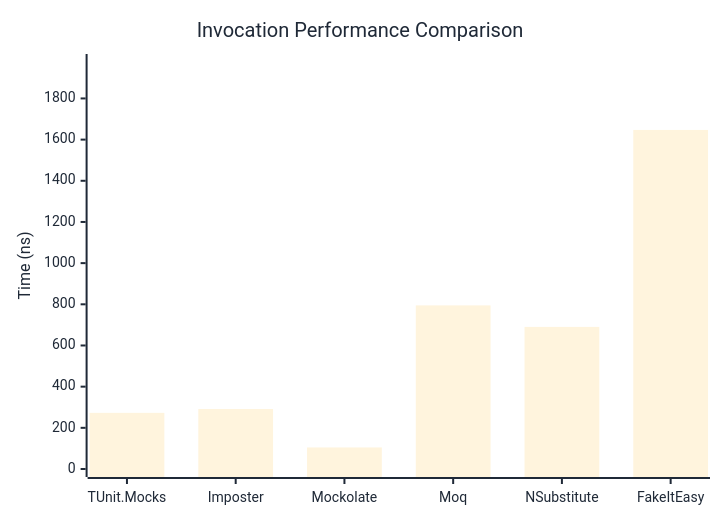
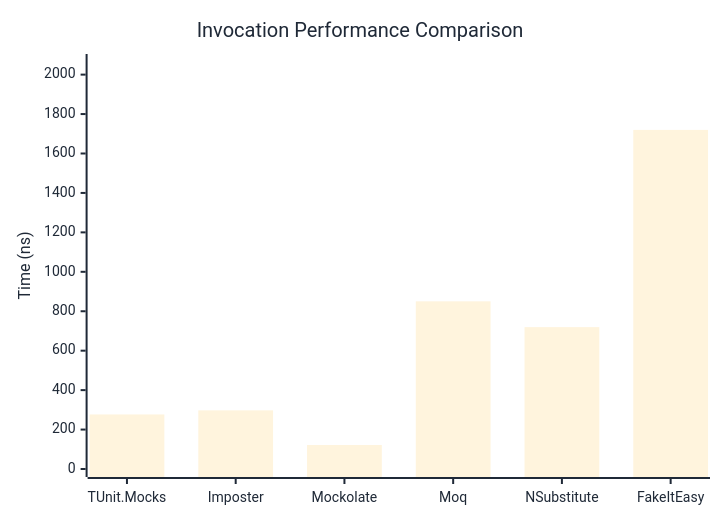
The first of 3 diagrams in docs/docs/benchmarks/mocks/Invocation.md (thomhurst/TUnit), drawn with Mermaid before and after one commit. The commit also changed other lines of this file and 14 other files, not shown here.

````diff
--- a/docs/docs/benchmarks/mocks/Invocation.md
+++ b/docs/docs/benchmarks/mocks/Invocation.md
@@ -30,27 +30,27 @@
 ```mermaid
 %%{init: {
   'theme':'base',
   'themeVariables': {
     'primaryColor': '#2563eb',
     'primaryTextColor': '#1f2937',
     'primaryBorderColor': '#1e40af',
     'lineColor': '#6b7280',
     'secondaryColor': '#7c3aed',
     'tertiaryColor': '#dc2626',
     'background': '#ffffff',
     'pie1': '#2563eb',
     'pie2': '#7c3aed',
     'pie3': '#dc2626',
     'pie4': '#f59e0b',
     'pie5': '#10b981',
     'pie6': '#06b6d4',
     'pie7': '#ec4899',
     'pie8': '#6366f1'
   }
 }}%%
 xychart-beta
   title "Invocation Performance Comparison"
   x-axis ["TUnit.Mocks", "Imposter", "Mockolate", "Moq", "NSubstitute", "FakeItEasy"]
-  y-axis "Time (ns)" 0 --> 1977
-  bar [272.74, 291.41, 104.74, 794.67, 690.28, 1647.07]
+  y-axis "Time (ns)" 0 --> 2064
+  bar [276.69, 297.32, 121.69, 850.31, 719.46, 1719.66]
 ```
````
